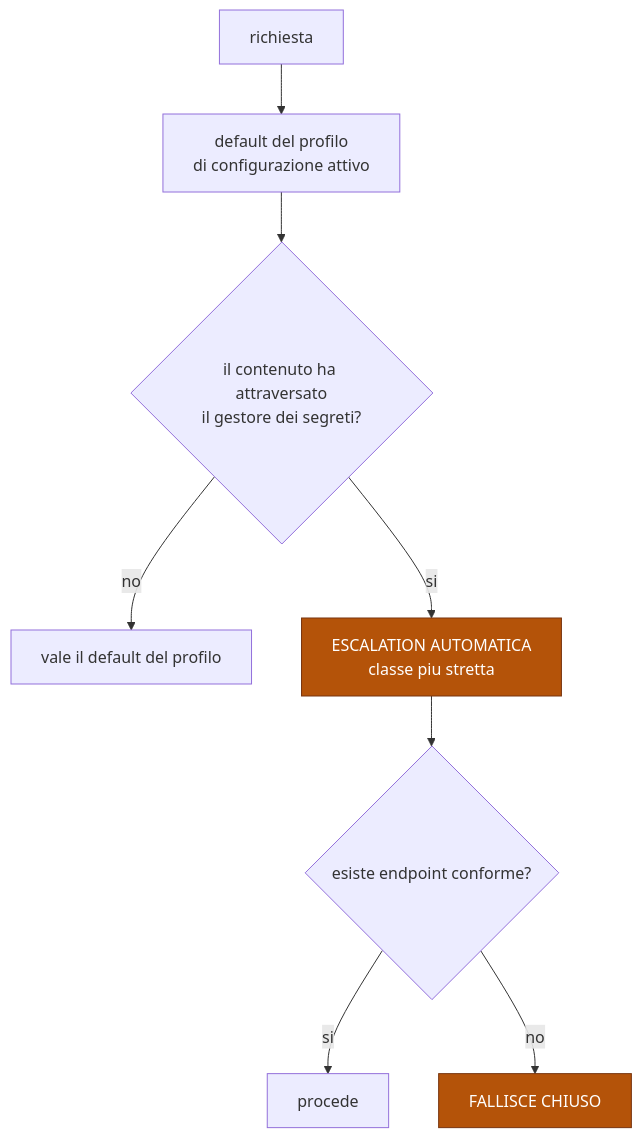
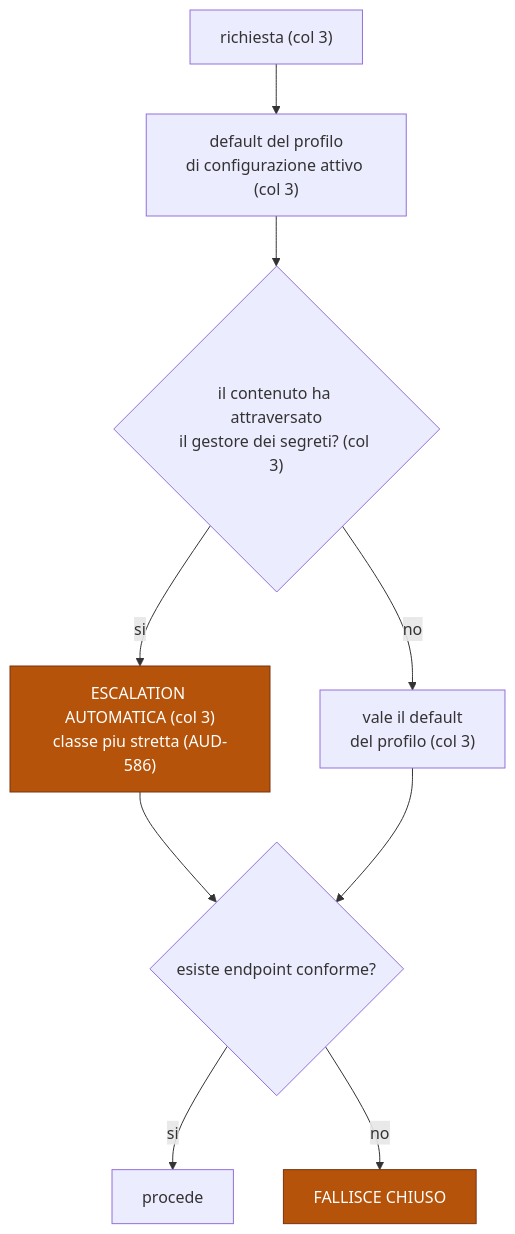
One commit to devfrx/daemon changed the third of 3 diagrams in docs/design/06-permessi-e-confine-dei-dati.md. Above: the diagram before and after it, drawn with Mermaid. The commit also changed other lines of this file and 2 other files, not shown here.

First line of the commit message:
audit(2026-09-30): i diagrammi 04-06 dicono il vero di oggi, col segno (col N) su ciò che è deciso e non costruito

````diff
--- a/docs/design/06-permessi-e-confine-dei-dati.md
+++ b/docs/design/06-permessi-e-confine-dei-dati.md
@@ -107,13 +126,14 @@
 ```mermaid
 flowchart TD
-    R["richiesta"] --> P["default del profilo<br/>di configurazione attivo"]
-    P --> S{"il contenuto ha attraversato<br/>il gestore dei segreti?"}
-    S -->|no| N["vale il default del profilo"]
-    S -->|si| E["ESCALATION AUTOMATICA<br/>classe piu stretta"]
+    R["richiesta (col 3)"] --> P["default del profilo<br/>di configurazione attivo (col 3)"]
+    P --> S{"il contenuto ha attraversato<br/>il gestore dei segreti? (col 3)"}
+    S -->|no| N["vale il default<br/>del profilo (col 3)"]
+    S -->|si| E["ESCALATION AUTOMATICA (col 3)<br/>classe piu stretta (AUD-586)"]
     E --> C{"esiste endpoint conforme?"}
+    N --> C
     C -->|si| OK["procede"]
     C -->|no| FC["FALLISCE CHIUSO"]
 
     classDef bad fill:#b45309,stroke:#78350f,color:#fff
     class FC,E bad
 ```
````
